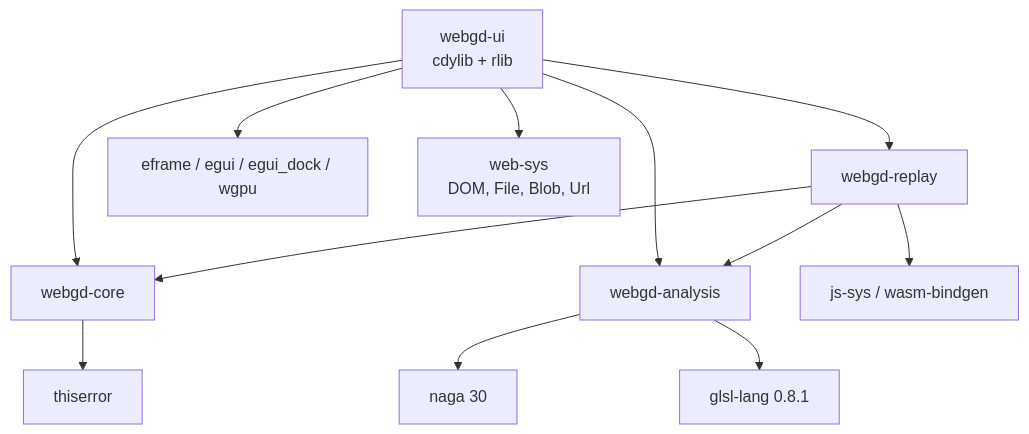
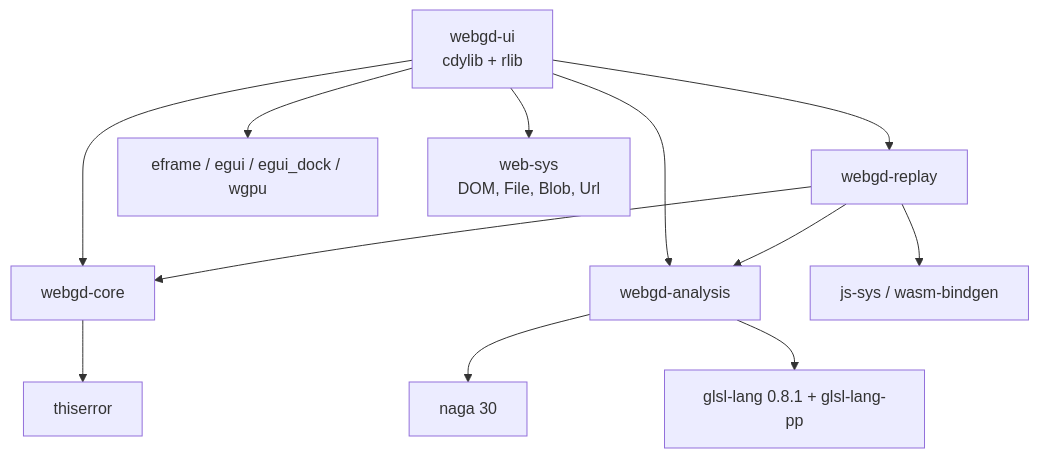
Before and after one commit to Snowapril/webgd: the first of 2 diagrams in docs/architecture.md, drawn with Mermaid. The commit also changed other lines of this file and 7 other files, not shown here.

First line of the commit message:
analysis: run a real GLSL preprocessor before parsing

````diff
--- a/docs/architecture.md
+++ b/docs/architecture.md
@@ -31,14 +31,14 @@
 ```mermaid
 flowchart TD
   ui[webgd-ui<br/>cdylib + rlib] --> replay[webgd-replay]
   ui --> core[webgd-core]
   ui --> analysis[webgd-analysis]
   ui --> eframe[eframe / egui / egui_dock / wgpu]
   ui --> websys[web-sys<br/>DOM, File, Blob, Url]
   replay --> core
   replay --> analysis
   replay --> jssys[js-sys / wasm-bindgen]
   analysis --> naga[naga 30]
-  analysis --> glsl[glsl-lang 0.8.1]
+  analysis --> glsl[glsl-lang 0.8.1 + glsl-lang-pp]
   core --> thiserror[thiserror]
 ```
````
